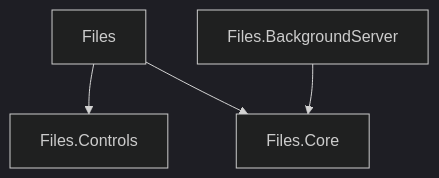
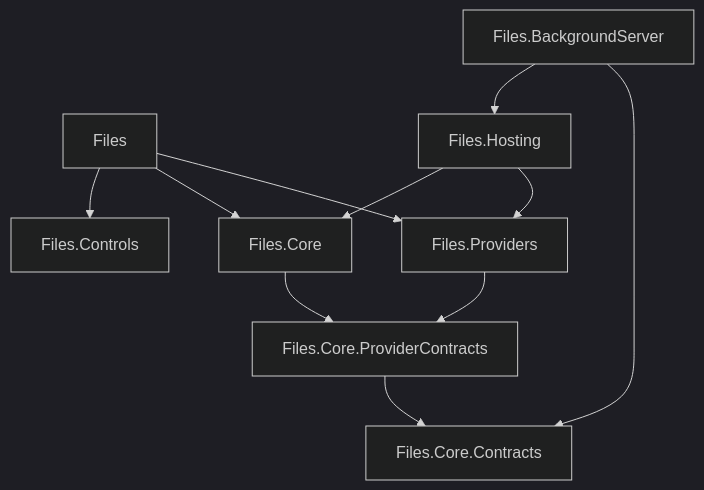
Before and after one commit to 0x5bfa/ReFiles: the diagram in docs/architecture/layering.md, drawn with Mermaid (dark theme). The commit also changed other lines of this file and 321 other files, not shown here.

Commit message:
Separate provider contracts and backend implementations

````diff
--- a/docs/architecture/layering.md
+++ b/docs/architecture/layering.md
@@ -7,11 +7,22 @@
 ```mermaid
 flowchart TD
     Files[Files]
     Controls[Files.Controls]
     Core[Files.Core]
     Operations[Files.BackgroundServer]
 
     Files --> Controls
     Files --> Core
-    Operations --> Core
+    Contracts[Files.Core.Contracts]
+    ProviderContracts[Files.Core.ProviderContracts]
+    Providers[Files.Providers]
+    Hosting[Files.Hosting]
+    Files --> Providers
+    Operations --> Hosting
+    Operations --> Contracts
+    Hosting --> Core
+    Hosting --> Providers
+    Core --> ProviderContracts
+    Providers --> ProviderContracts
+    ProviderContracts --> Contracts
 ```
````
